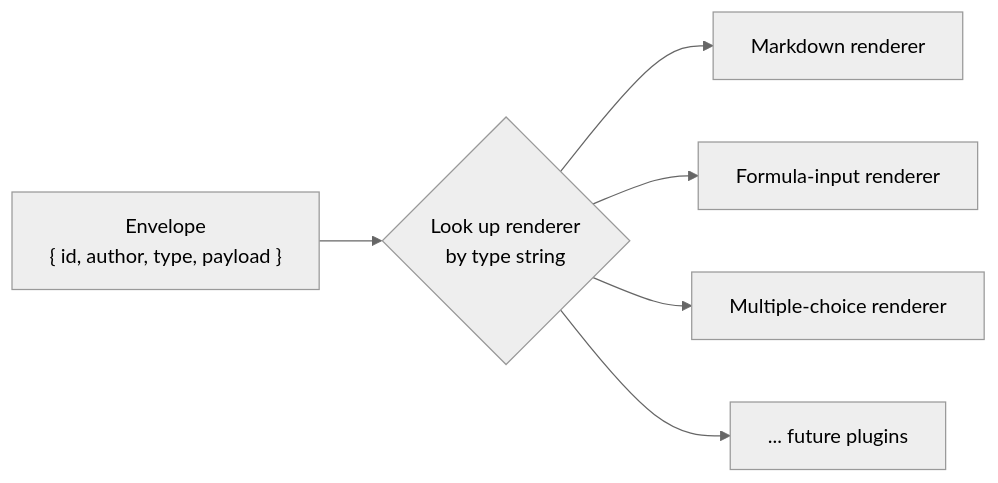
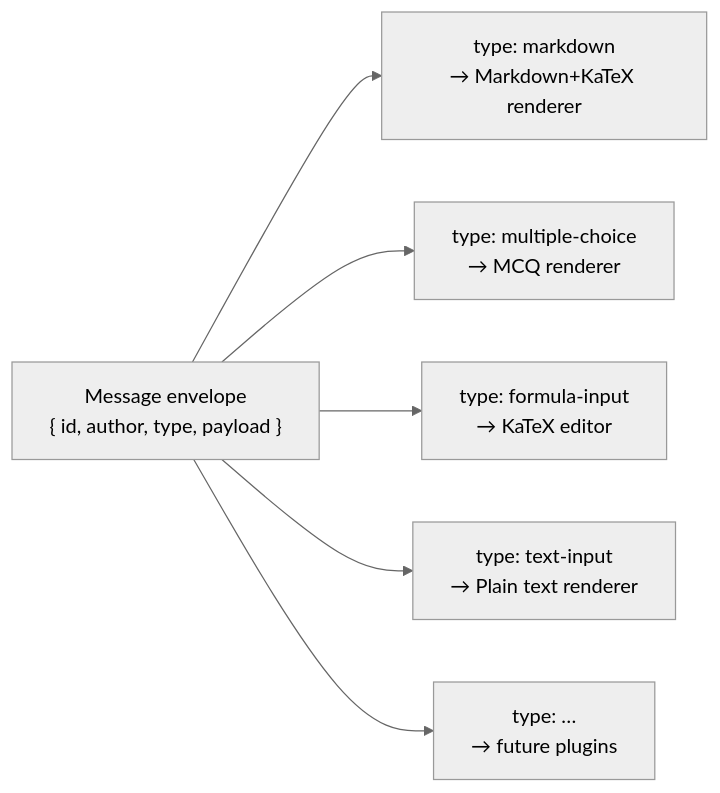
The first of 3 diagrams in src/content/docs/vi/pedagogy/conversation.md (stemolly/wiki), drawn with Mermaid (neutral theme) before and after one commit. The commit also changed other lines of this file and 57 other files, not shown here.

````diff
--- a/src/content/docs/vi/pedagogy/conversation.md
+++ b/src/content/docs/vi/pedagogy/conversation.md
@@ -53,9 +38,9 @@
 ```mermaid
 flowchart LR
-    E["Envelope<br/>{ id, author, type, payload }"]
-    E --> R{"Look up renderer<br/>by type string"}
-    R --> MD["Markdown renderer"]
-    R --> FI["Formula-input renderer"]
-    R --> MC["Multiple-choice renderer"]
-    R --> EX["... future plugins"]
+  Envelope["Message envelope<br/>{ id, author, type, payload }"]
+  Envelope --> MD["type: markdown<br/>→ Markdown+KaTeX renderer"]
+  Envelope --> MCQ["type: multiple-choice<br/>→ MCQ renderer"]
+  Envelope --> Formula["type: formula-input<br/>→ KaTeX editor"]
+  Envelope --> TI["type: text-input<br/>→ Plain text renderer"]
+  Envelope --> Dots["type: …<br/>→ future plugins"]
 ```
````
